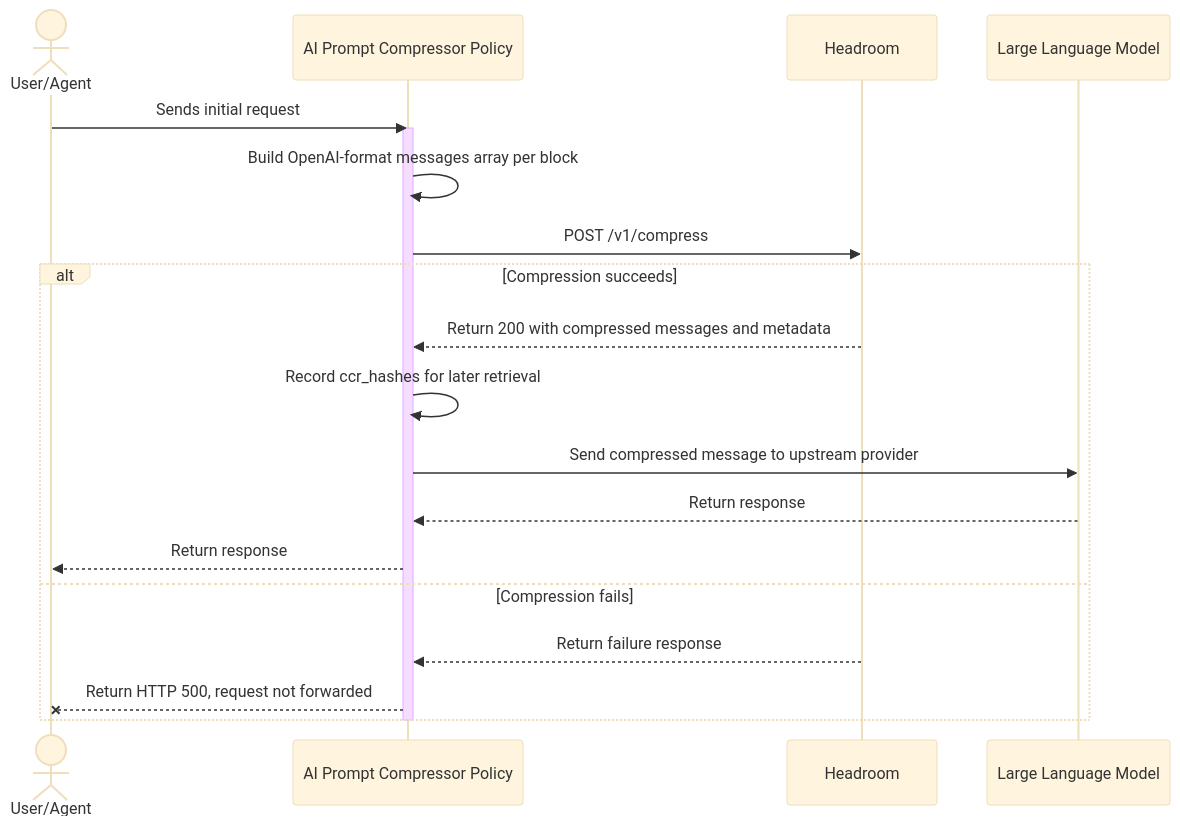
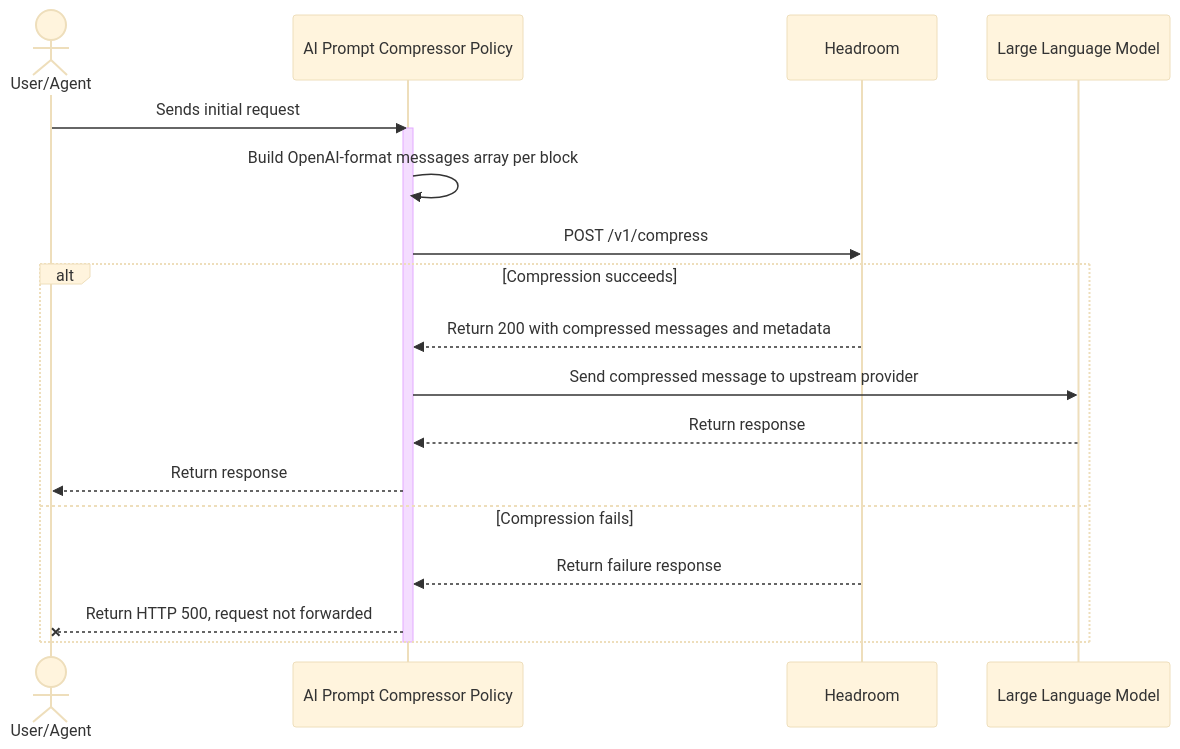
Before and after one commit to Kong/developer.konghq.com: the second of 2 diagrams in app/_ai_gateway_policies/ai-prompt-compressor/index.md, drawn with Mermaid (base theme). The commit also changed other lines of this file, not shown here.

```diff
--- a/app/_ai_gateway_policies/ai-prompt-compressor/index.md
+++ b/app/_ai_gateway_policies/ai-prompt-compressor/index.md
@@ -226,24 +253,23 @@
 {% mermaid %}
 sequenceDiagram
     actor User as User/Agent
     participant KongAICompressor as AI Prompt Compressor Policy
     participant Headroom
     participant LLM as Large Language Model
 
     User->>KongAICompressor: Sends initial request
     activate KongAICompressor
     KongAICompressor->>KongAICompressor: Build OpenAI-format messages array per block
     KongAICompressor->>Headroom: POST /v1/compress
 
     alt Compression succeeds
         Headroom-->>KongAICompressor: Return 200 with compressed messages and metadata
-        KongAICompressor->>KongAICompressor: Record ccr_hashes for later retrieval
         KongAICompressor->>LLM: Send compressed message to upstream provider
         LLM-->>KongAICompressor: Return response
         KongAICompressor-->>User: Return response
     else Compression fails
         Headroom-->>KongAICompressor: Return failure response
         KongAICompressor--xUser: Return HTTP 500, request not forwarded
     end
     deactivate KongAICompressor
 {% endmermaid %}
```
